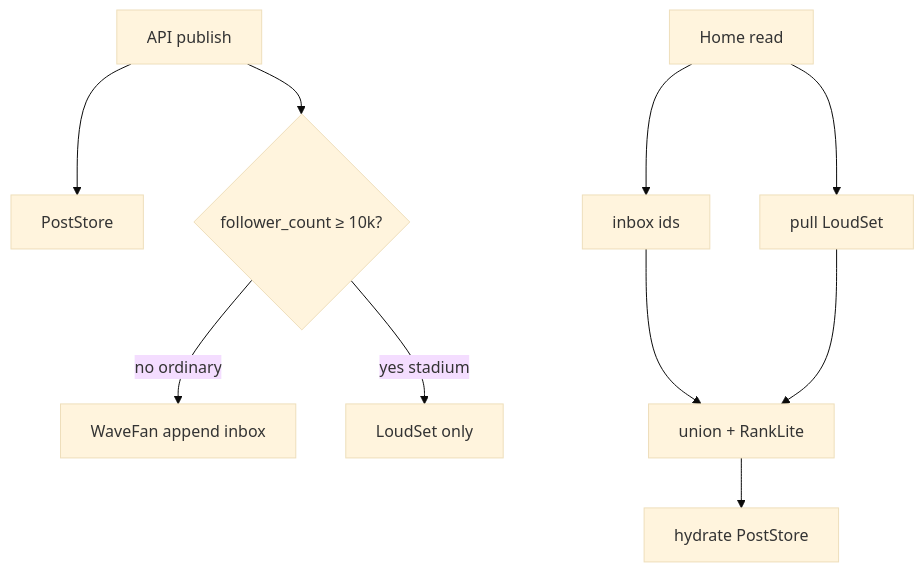
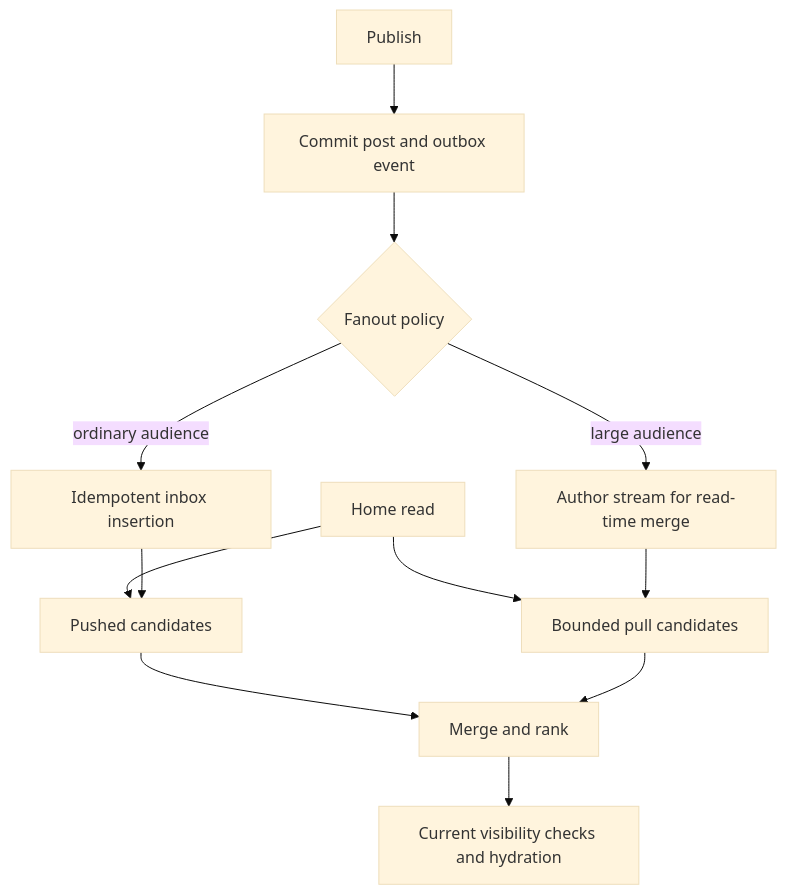
The diagram in lessons/system-design/cases/news-feed/viz/hybrid.md (jdodsoncollins/study-material), drawn with Mermaid (base theme) before and after one commit. The commit also changed other lines of this file and 175 other files, not shown here.

````diff
--- a/lessons/system-design/cases/news-feed/viz/hybrid.md
+++ b/lessons/system-design/cases/news-feed/viz/hybrid.md
@@ -3,12 +3,14 @@
 ```mermaid
 flowchart TB
-  api[API publish] --> post[PostStore]
-  api --> wave{follower_count ≥ 10k?}
-  wave -->|no ordinary| fan[WaveFan append inbox]
-  wave -->|yes stadium| loud[LoudSet only]
-  home[Home read] --> inbox[inbox ids]
-  home --> pull[pull LoudSet]
-  inbox --> merge[union + RankLite]
+  api[Publish] --> post[Commit post and outbox event]
+  post --> wave{Fanout policy}
+  wave -->|ordinary audience| fan[Idempotent inbox insertion]
+  wave -->|large audience| pullstore[Author stream for read-time merge]
+  home[Home read] --> inbox[Pushed candidates]
+  home --> pull[Bounded pull candidates]
+  fan --> inbox
+  pullstore --> pull
+  inbox --> merge[Merge and rank]
   pull --> merge
-  merge --> body[hydrate PostStore]
+  merge --> auth[Current visibility checks and hydration]
 ```
````
